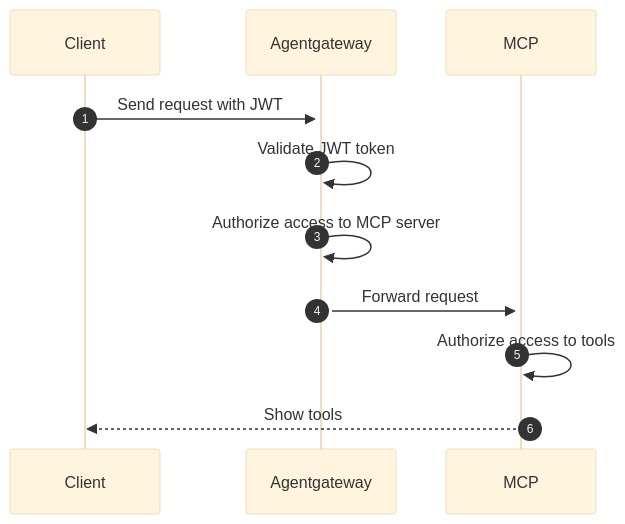
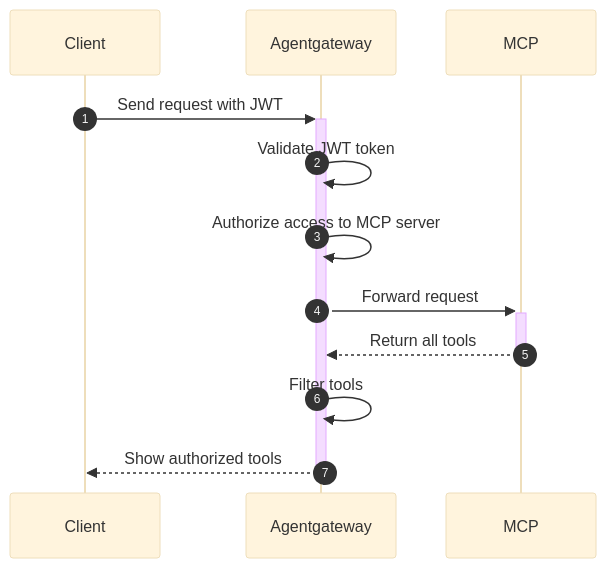
Before and after one commit to agentgateway/website: the diagram in assets/agw-docs/pages/agentgateway/mcp/tool-access.md, drawn with Mermaid (base theme). The commit also changed other lines of this file and 6 other files, not shown here.

Commit message:
docs: fix Kubernetes MCP pages (SSE selector, sessions, issuer, tool access, static)

````diff
--- a/assets/agw-docs/pages/agentgateway/mcp/tool-access.md
+++ b/assets/agw-docs/pages/agentgateway/mcp/tool-access.md
@@ -9,10 +9,11 @@
 ```mermaid
 sequenceDiagram
     autonumber
     Client->>+Agentgateway: Send request with JWT
     Agentgateway->>Agentgateway: Validate JWT token
     Agentgateway->>Agentgateway: Authorize access to MCP server
     Agentgateway->>+MCP: Forward request
-    MCP->>+MCP: Authorize access to tools
-    MCP-->>Client: Show tools
+    MCP-->>-Agentgateway: Return all tools
+    Agentgateway->>Agentgateway: Filter tools
+    Agentgateway-->>-Client: Show authorized tools
 ```
````
